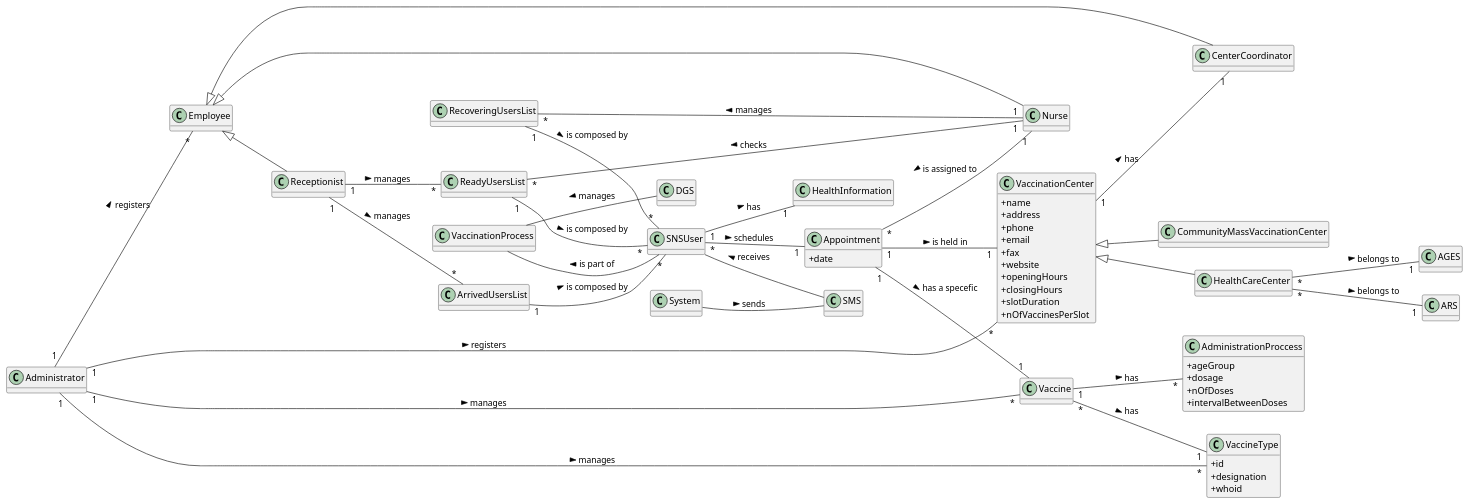
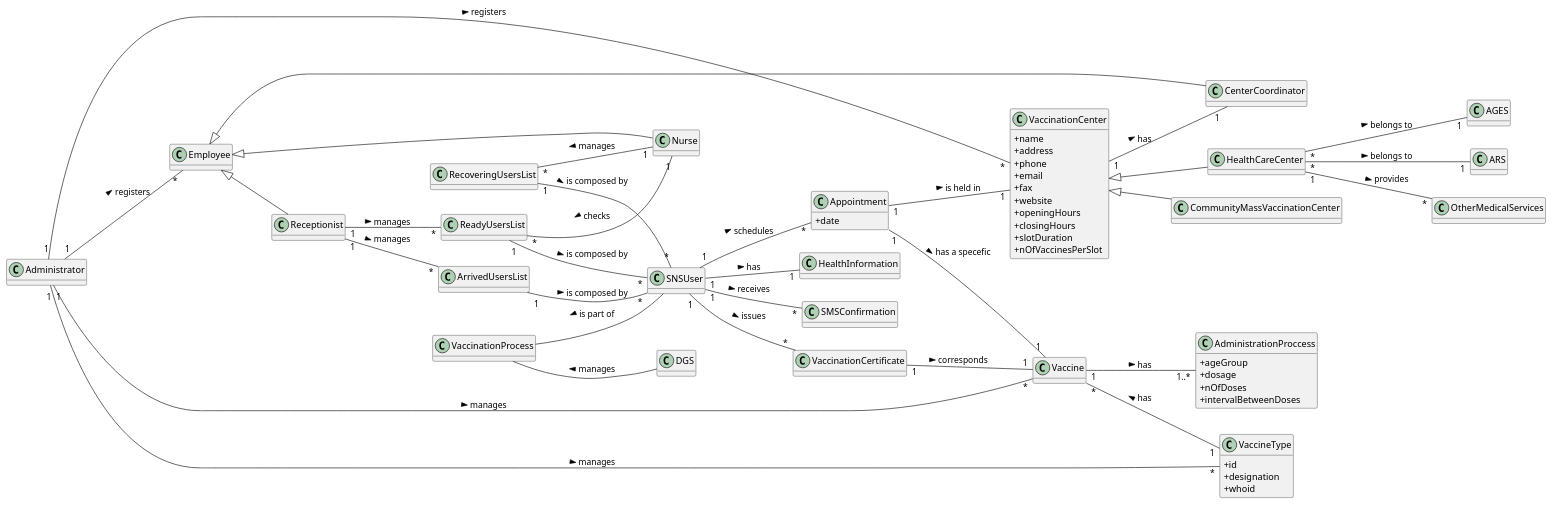
The diagram in docs/SprintA/DM.puml (miseEnPlace-i/lapr2), drawn with PlantUML before and after one commit. The commit also changed 1 other file, not shown here.

```diff
--- a/docs/SprintA/DM.puml
+++ b/docs/SprintA/DM.puml
@@ -1,109 +1,110 @@
 @startuml
 
 hide methods
 left to right direction
 skinparam classAttributeIconSize 0
 
 class CommunityMassVaccinationCenter {}
 
 class HealthCareCenter {}
 
 class VaccinationCenter {
   + name
   + address
   + phone
   + email
   + fax
   + website
   + openingHours
   + closingHours
   + slotDuration
   + nOfVaccinesPerSlot
 }
 
 class Vaccine {}
 
 class VaccineType {
     + id
     + designation
     + whoid
 }
 
 class DGS {}
 
 class SNSUser {}
 
 class HealthInformation {}
 
 class Administrator {}
 
 class Employee {}
 
 class Nurse {}
 
 class Receptionist {}
 
 class CenterCoordinator {}
 
 class Appointment {
   + date
 }
 
 class AdministrationProccess {
   + ageGroup
   + dosage
   + nOfDoses
   + intervalBetweenDoses
 }
 
-class System {}
-
 class AGES {}
 
 class ARS {}
 
-Vaccine "*" -- "1" VaccineType : has >
+Vaccine "*" -- "1" VaccineType : has <
 
 Employee <|-- Nurse
 Employee <|-- Receptionist
 Employee <|-- CenterCoordinator
 
 VaccinationCenter <|-- CommunityMassVaccinationCenter
 VaccinationCenter <|-- HealthCareCenter
 
 VaccinationCenter "1" -- "1" CenterCoordinator : has >
 
 HealthCareCenter "*" -- "1" AGES : belongs to > 
 HealthCareCenter "*" -- "1" ARS : belongs to >
 
 Appointment "1" -- "1" VaccinationCenter : is held in >
 Appointment "1" -- "1" Vaccine : has a specefic >
-Appointment "*" -- "1" Nurse : is assigned to <
 
 Receptionist "1" -- "*" ReadyUsersList : manages >
 Receptionist "1" -- "*" ArrivedUsersList : manages >
 
 ReadyUsersList "1" -- "*" SNSUser : is composed by >
 ArrivedUsersList "1" -- "*" SNSUser : is composed by > 
 RecoveringUsersList "1" -- "*" SNSUser : is composed by >
 
 ReadyUsersList "*" -- "1" Nurse : checks <
 RecoveringUsersList "*" -- "1" Nurse : manages <
 
 Administrator "1" -- "*" Employee : registers >
 Administrator "1" -- "*" VaccinationCenter : registers >
 Administrator "1" -- "*" VaccineType : manages >
 Administrator "1" -- "*" Vaccine : manages >
 
 VaccinationProcess -- DGS : manages <
 VaccinationProcess -- SNSUser : is part of <
 
-SNSUser "*" -- "1" Appointment : schedules >
+SNSUser "1" -- "*" Appointment : schedules >
 SNSUser "1" -- "1" HealthInformation : has >
 
-Vaccine "1" -- "*" AdministrationProccess : has >
+Vaccine "1" -- "1..*" AdministrationProccess : has >
 
-System -- SMS : sends >
-SNSUser -- SMS : receives <
+SNSUser "1" -- "*" SMSConfirmation : receives >
+
+HealthCareCenter "1" -- "*" OtherMedicalServices : provides >
+
+SNSUser "1" -- "*" VaccinationCertificate : issues >
+VaccinationCertificate "1" -- "1" Vaccine : corresponds >
 
 @enduml
```
